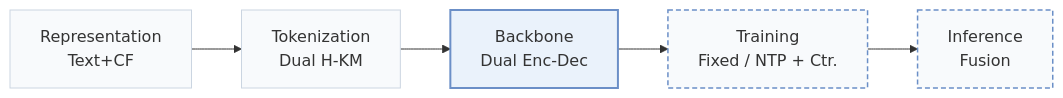
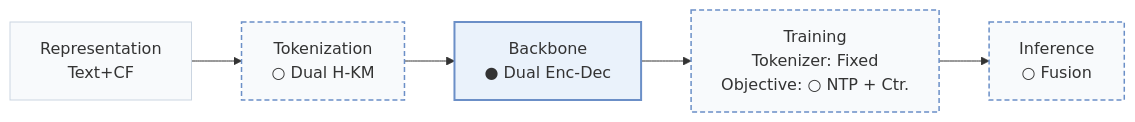
Before and after one commit to Galaxy-ghost/Awesome-SID-Generative-Rec: the first of 3 diagrams in pages/papers/eager.md, drawn with Mermaid. The commit also changed other lines of this file and 558 other files, not shown here.

````diff
--- a/pages/papers/eager.md
+++ b/pages/papers/eager.md
@@ -15,10 +18,10 @@
 ```mermaid
 flowchart LR
-    R["Representation<br/>Text+CF"] --> T["Tokenization<br/>Dual H-KM"] --> B["Backbone<br/>Dual Enc-Dec"] --> TR["Training<br/>Fixed / NTP + Ctr."] --> I["Inference<br/>Fusion"]
+    R["Representation<br/>Text+CF"] --> T["Tokenization<br/>○ Dual H-KM"] --> B["Backbone<br/>● Dual Enc-Dec"] --> TR["Training<br/>Tokenizer: Fixed<br/>Objective: ○ NTP + Ctr."] --> I["Inference<br/>○ Fusion"]
     classDef base fill:#f8fafc,stroke:#cbd5e1
     class R,T,B,TR,I base
-    classDef also fill:#f8fafc,stroke:#6b8fc7,stroke-width:1.5px,stroke-dasharray:5 3
-    class TR,I also
+    classDef other fill:#f8fafc,stroke:#6b8fc7,stroke-width:1.5px,stroke-dasharray:5 3
+    class T,TR,I other
     classDef main fill:#eaf2fb,stroke:#6b8fc7,stroke-width:2px
     class B main
 ```
````
